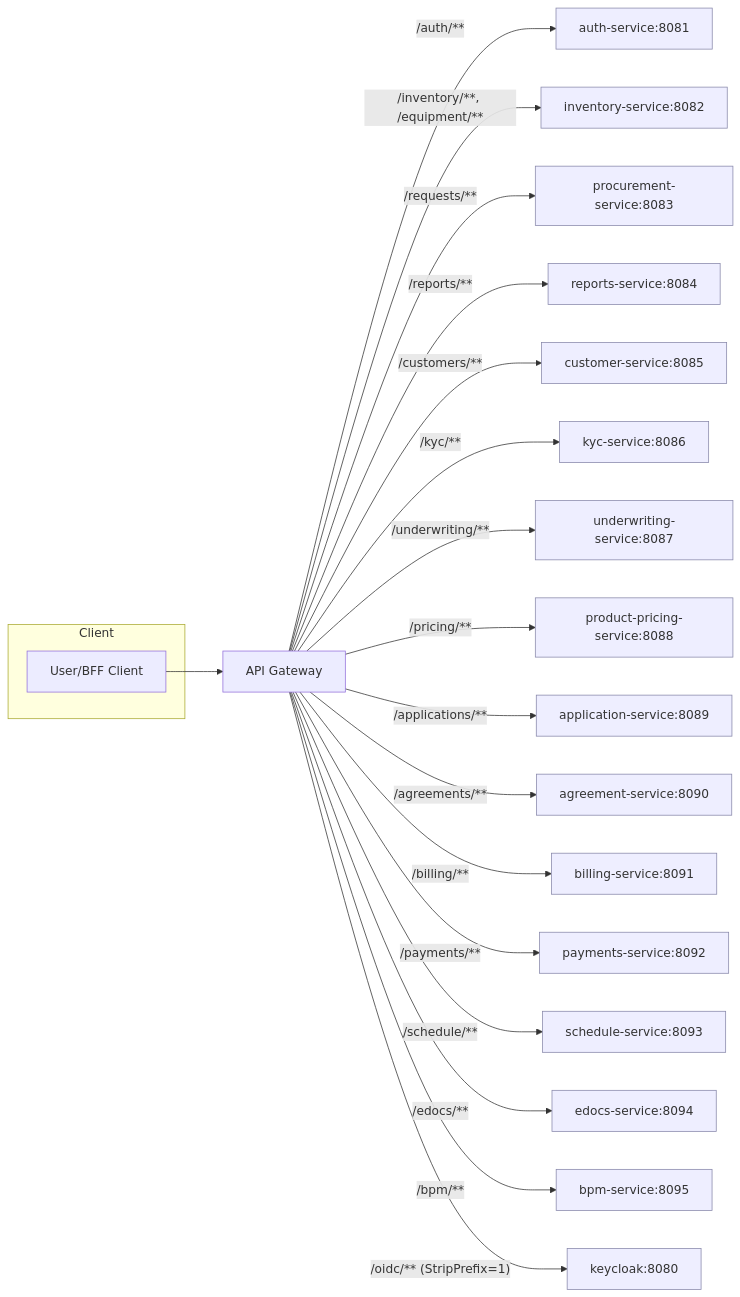
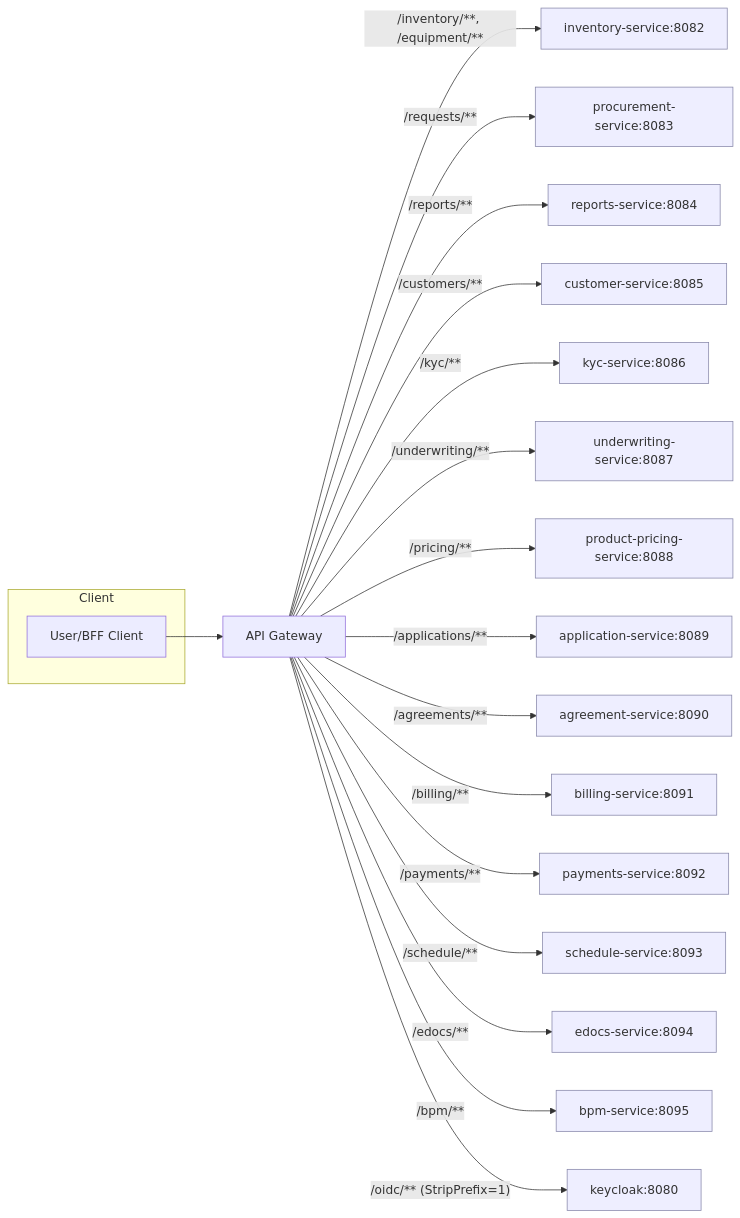
The diagram in docs/diagrams/api-gateway-routes.mmd (Crsfil/crp-platform), drawn with Mermaid before and after one commit. The commit also changed other lines of this file and 35 other files, not shown here.

```diff
--- a/docs/diagrams/api-gateway-routes.mmd
+++ b/docs/diagrams/api-gateway-routes.mmd
@@ -1,31 +1,31 @@
-%% API Gateway routes (generated Nov 10, 2025)
+%% API Gateway routes (updated Nov 12, 2025)
 flowchart LR
   subgraph Client
     U[User/BFF Client]
   end
 
   U --> G[API Gateway]
 
-  G -- "/auth/**" --> AUTH[auth-service:8081]
   G -- "/inventory/**, /equipment/**" --> INV[inventory-service:8082]
   G -- "/requests/**" --> PROC[procurement-service:8083]
   G -- "/reports/**" --> REP[reports-service:8084]
   G -- "/customers/**" --> CUST[customer-service:8085]
   G -- "/kyc/**" --> KYC[kyc-service:8086]
   G -- "/underwriting/**" --> UW[underwriting-service:8087]
   G -- "/pricing/**" --> PRC[product-pricing-service:8088]
   G -- "/applications/**" --> APP[application-service:8089]
   G -- "/agreements/**" --> AGR[agreement-service:8090]
   G -- "/billing/**" --> BILL[billing-service:8091]
   G -- "/payments/**" --> PAY[payments-service:8092]
   G -- "/schedule/**" --> SCHED[schedule-service:8093]
   G -- "/edocs/**" --> EDOC[edocs-service:8094]
   G -- "/bpm/**" --> BPM[bpm-service:8095]
   G -- "/oidc/** (StripPrefix=1)" --> KC[keycloak:8080]
 
   classDef svc fill:#eef,stroke:#88a,stroke-width:1px;
-  class AUTH,INV,PROC,REP,CUST,KYC,UW,PRC,APP,AGR,BILL,PAY,SCHED,EDOC,BPM,KC svc;
+  class INV,PROC,REP,CUST,KYC,UW,PRC,APP,AGR,BILL,PAY,SCHED,EDOC,BPM,KC svc;
 
   %% Notes:
-  %% - Gateway security config currently permitAll; auth is enforced by downstream resource services.
-  %% - BFF filters attach Authorization from refresh-cookie when available.
+  %% - Auth-service route removed (Keycloak is primary IdP; /auth/** not proxied).
+  %% - Gateway security config permitAll; BFF enforces presence of Authorization or refresh cookie (non-public paths).
+  %% - Default refresh-cookie name: refresh_token.
```
